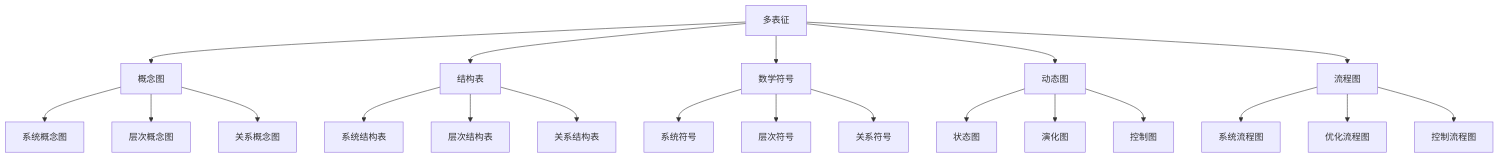
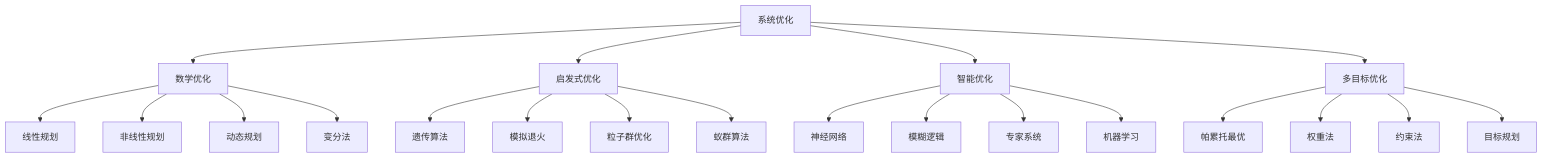
One commit to AdaMartin18010/SystemOSIOT changed diagram 13 of 20 in 1.系统理论/1.5 多表征/1.5.1 概念图.md. Above: the diagram before and after it, drawn with Mermaid. The commit also changed other lines of this file and 118 other files, not shown here.

````diff
--- a/1.系统理论/1.5 多表征/1.5.1 概念图.md
+++ b/1.系统理论/1.5 多表征/1.5.1 概念图.md
@@ -325,28 +381,27 @@
 ```mermaid
-graph TD;
-  MT[多表征] --> CG[概念图];
-  MT --> ST[结构表];
-  MT --> MS[数学符号];
-  MT --> DG[动态图];
-  MT --> FG[流程图];
-  
-  CG --> SCG[系统概念图];
-  CG --> HCG[层次概念图];
-  CG --> RCG[关系概念图];
-  
-  ST --> SST[系统结构表];
-  ST --> HST[层次结构表];
-  ST --> RST[关系结构表];
-  
-  MS --> SMS[系统符号];
-  MS --> HMS[层次符号];
-  MS --> RMS[关系符号];
-  
-  DG --> SDG[状态图];
-  DG --> EDG[演化图];
-  DG --> CDG[控制图];
-  
-  FG --> SFG[系统流程图];
-  FG --> OFG[优化流程图];
-  FG --> CFG[控制流程图];
+graph TD
+    A[系统优化] --> B[数学优化]
+    A --> C[启发式优化]
+    A --> D[智能优化]
+    A --> E[多目标优化]
+    
+    B --> B1[线性规划]
+    B --> B2[非线性规划]
+    B --> B3[动态规划]
+    B --> B4[变分法]
+    
+    C --> C1[遗传算法]
+    C --> C2[模拟退火]
+    C --> C3[粒子群优化]
+    C --> C4[蚁群算法]
+    
+    D --> D1[神经网络]
+    D --> D2[模糊逻辑]
+    D --> D3[专家系统]
+    D --> D4[机器学习]
+    
+    E --> E1[帕累托最优]
+    E --> E2[权重法]
+    E --> E3[约束法]
+    E --> E4[目标规划]
 ```
````
